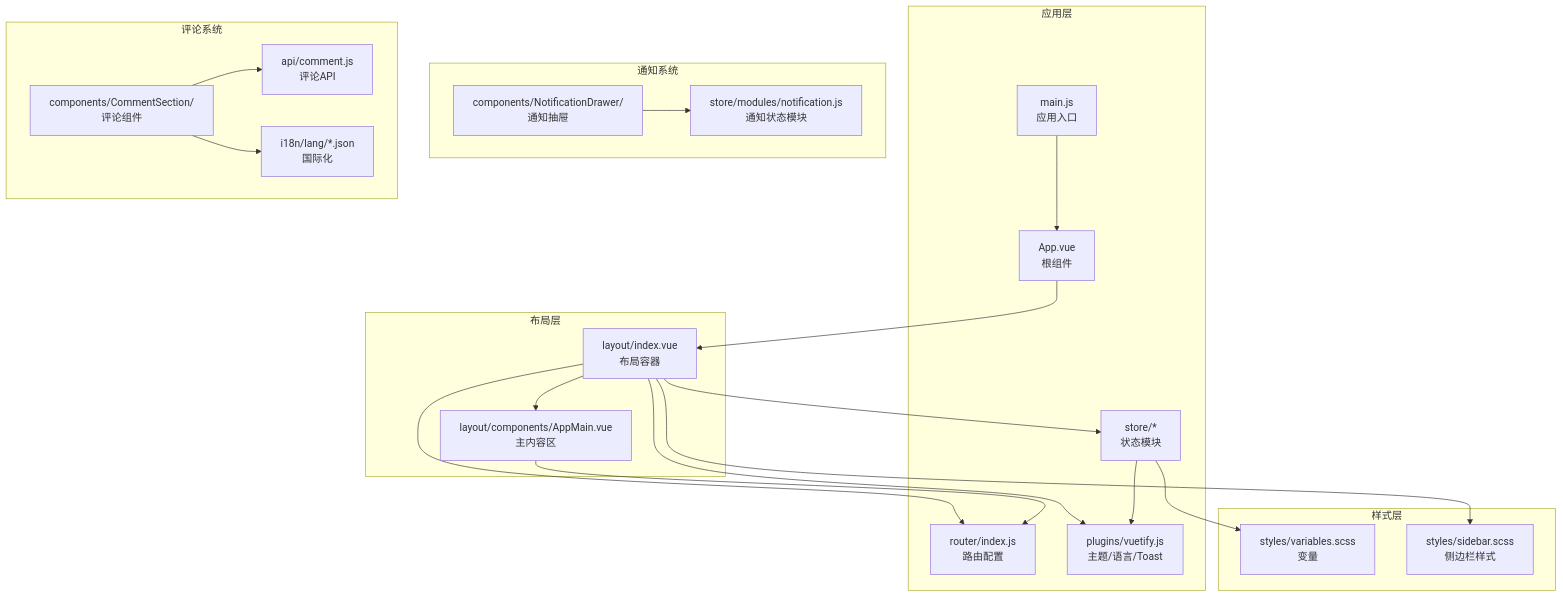
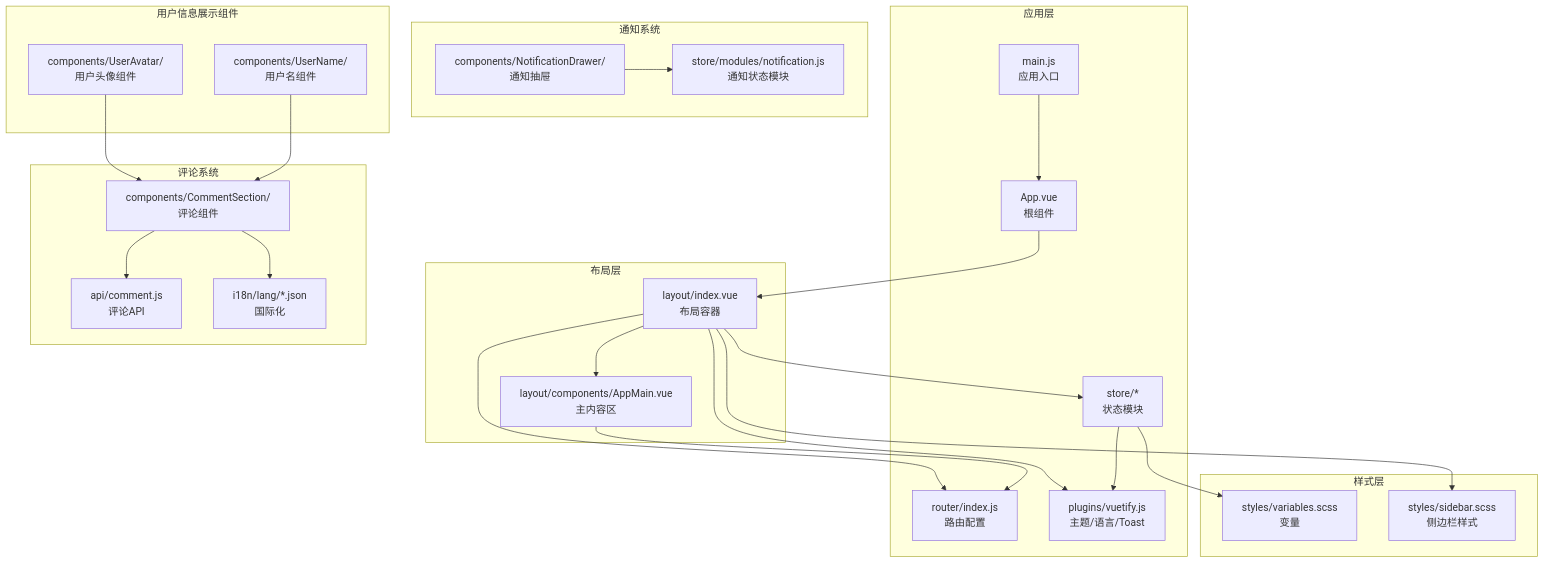
One commit to TinyMaD/SpeedRunnersLab changed the first of 4 diagrams in .qoder/repowiki/zh/content/前端应用/组件架构/布局组件.md. Above: the diagram before and after it, drawn with Mermaid. The commit also changed other lines of this file and 9 other files, not shown here.

````diff
--- a/.qoder/repowiki/zh/content/前端应用/组件架构/布局组件.md
+++ b/.qoder/repowiki/zh/content/前端应用/组件架构/布局组件.md
@@ -60,40 +65,46 @@
 ```mermaid
 graph TB
 subgraph "布局层"
 L["layout/index.vue<br/>布局容器"]
 AM["layout/components/AppMain.vue<br/>主内容区"]
 end
 subgraph "应用层"
 APP["App.vue<br/>根组件"]
 MAIN["main.js<br/>应用入口"]
 ROUTER["router/index.js<br/>路由配置"]
 STORE["store/*<br/>状态模块"]
 VUETIFY["plugins/vuetify.js<br/>主题/语言/Toast"]
 end
 subgraph "样式层"
 VAR["styles/variables.scss<br/>变量"]
 SIDEBAR["styles/sidebar.scss<br/>侧边栏样式"]
 end
 subgraph "通知系统"
 NOTI["components/NotificationDrawer/<br/>通知抽屉"]
 NOTIMOD["store/modules/notification.js<br/>通知状态模块"]
 end
 subgraph "评论系统"
 COMMENT["components/CommentSection/<br/>评论组件"]
 API["api/comment.js<br/>评论API"]
 I18N["i18n/lang/*.json<br/>国际化"]
 end
+subgraph "用户信息展示组件"
+USERAVATAR["components/UserAvatar/<br/>用户头像组件"]
+USERNAME["components/UserName/<br/>用户名组件"]
+end
 MAIN --> APP
 APP --> L
 L --> AM
 L --> ROUTER
 L --> STORE
 L --> VUETIFY
 L --> SIDEBAR
 AM --> ROUTER
 STORE --> VUETIFY
 STORE --> VAR
 NOTI --> NOTIMOD
 COMMENT --> API
 COMMENT --> I18N
+USERAVATAR --> COMMENT
+USERNAME --> COMMENT
 ```
````
